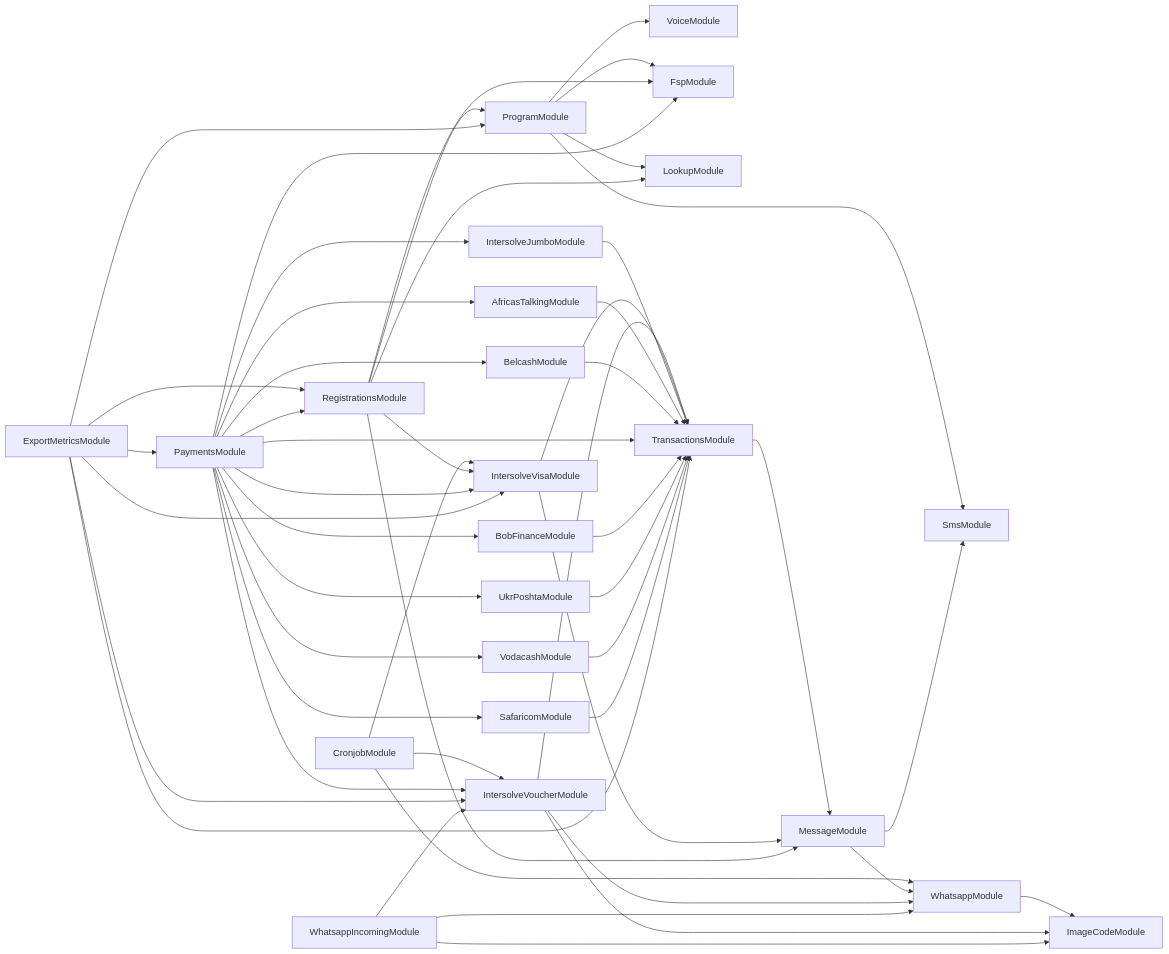
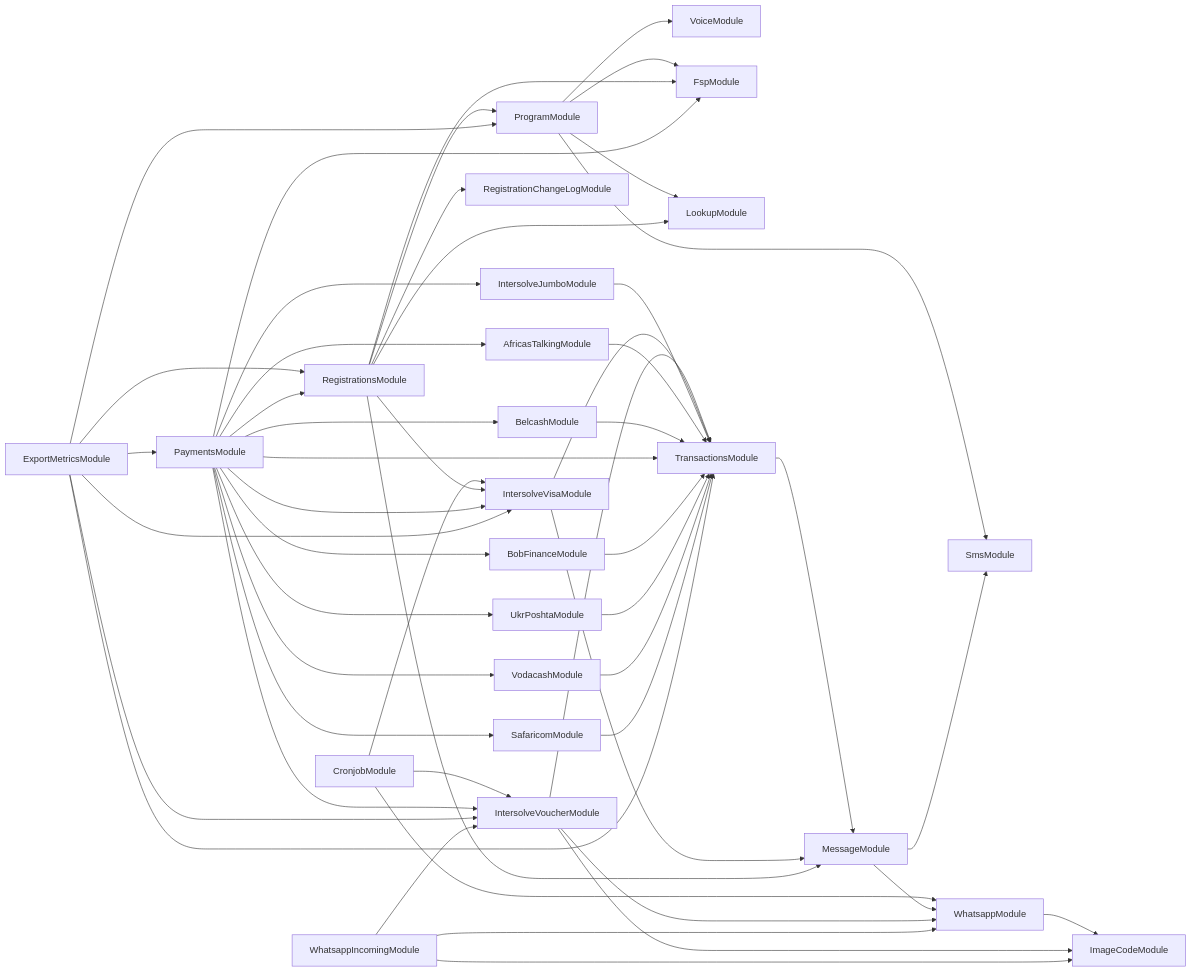
Before and after one commit to global-121/121-platform: the diagram in services/121-service/module-dependencies.md, drawn with Mermaid. The commit also changed 8 other files, not shown here.

Commit message:
Feat: GET endpoint registrationChangeLog AB#22956

````diff
--- a/services/121-service/module-dependencies.md
+++ b/services/121-service/module-dependencies.md
@@ -3,52 +3,53 @@
 ```mermaid
 graph LR
   ProgramModule-->SmsModule
   ProgramModule-->VoiceModule
   ProgramModule-->FspModule
   ProgramModule-->LookupModule
   CronjobModule-->WhatsappModule
   WhatsappModule-->ImageCodeModule
   CronjobModule-->IntersolveVoucherModule
   IntersolveVoucherModule-->ImageCodeModule
   IntersolveVoucherModule-->TransactionsModule
   TransactionsModule-->MessageModule
   MessageModule-->WhatsappModule
   MessageModule-->SmsModule
   IntersolveVoucherModule-->WhatsappModule
   CronjobModule-->IntersolveVisaModule
   IntersolveVisaModule-->TransactionsModule
   IntersolveVisaModule-->MessageModule
   RegistrationsModule-->LookupModule
   RegistrationsModule-->ProgramModule
   RegistrationsModule-->FspModule
   RegistrationsModule-->MessageModule
   RegistrationsModule-->IntersolveVisaModule
+  RegistrationsModule-->RegistrationChangeLogModule
   ExportMetricsModule-->ProgramModule
   ExportMetricsModule-->RegistrationsModule
   ExportMetricsModule-->PaymentsModule
   PaymentsModule-->FspModule
   PaymentsModule-->IntersolveVoucherModule
   PaymentsModule-->IntersolveVisaModule
   PaymentsModule-->IntersolveJumboModule
   IntersolveJumboModule-->TransactionsModule
   PaymentsModule-->AfricasTalkingModule
   AfricasTalkingModule-->TransactionsModule
   PaymentsModule-->BelcashModule
   BelcashModule-->TransactionsModule
   PaymentsModule-->TransactionsModule
   PaymentsModule-->BobFinanceModule
   BobFinanceModule-->TransactionsModule
   PaymentsModule-->UkrPoshtaModule
   UkrPoshtaModule-->TransactionsModule
   PaymentsModule-->VodacashModule
   VodacashModule-->TransactionsModule
   PaymentsModule-->SafaricomModule
   SafaricomModule-->TransactionsModule
   PaymentsModule-->RegistrationsModule
   ExportMetricsModule-->TransactionsModule
   ExportMetricsModule-->IntersolveVisaModule
   ExportMetricsModule-->IntersolveVoucherModule
   WhatsappIncomingModule-->ImageCodeModule
   WhatsappIncomingModule-->IntersolveVoucherModule
   WhatsappIncomingModule-->WhatsappModule
 ```
````
